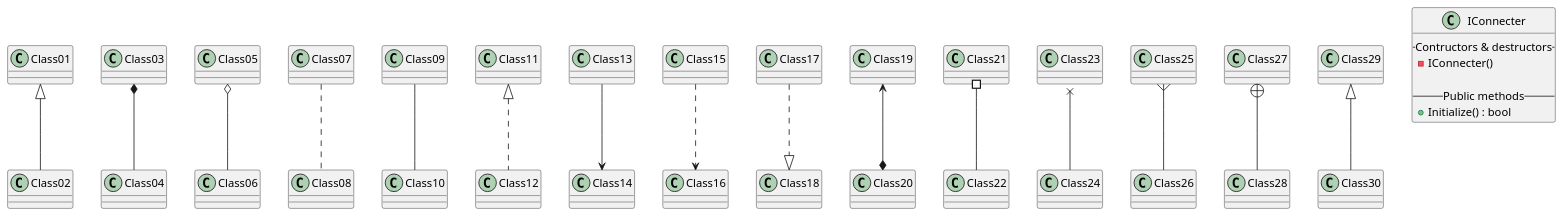
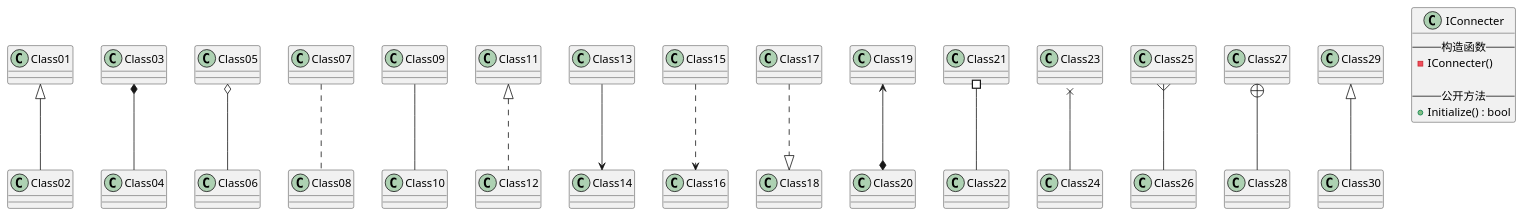
One commit to FKLostLand/TestMarkdown changed the diagram in MyTestUMLInstance.puml. Above: the diagram before and after it, drawn with PlantUML.

```diff
--- a/MyTestUMLInstance.puml
+++ b/MyTestUMLInstance.puml
@@ -1,27 +1,27 @@
 @startuml
 
 Class01 <|-- Class02
 Class03 *-- Class04
 Class05 o-- Class06
 Class07 .. Class08
 Class09 -- Class10
 Class11 <|.. Class12
 Class13 --> Class14
 Class15 ..> Class16
 Class17 ..|> Class18
 Class19 <--* Class20
 Class21 #-- Class22
 Class23 x-- Class24
 Class25 }-- Class26
 Class27 +-- Class28
 Class29 ^-- Class30
 
 class IConnecter {
-    -- Contructors & destructors --
+    -- 构造函数 --
     - IConnecter()
     
-    -- Public methods --
+    -- 公开方法 --
     + Initialize() : bool
 }
 
 @enduml
```
